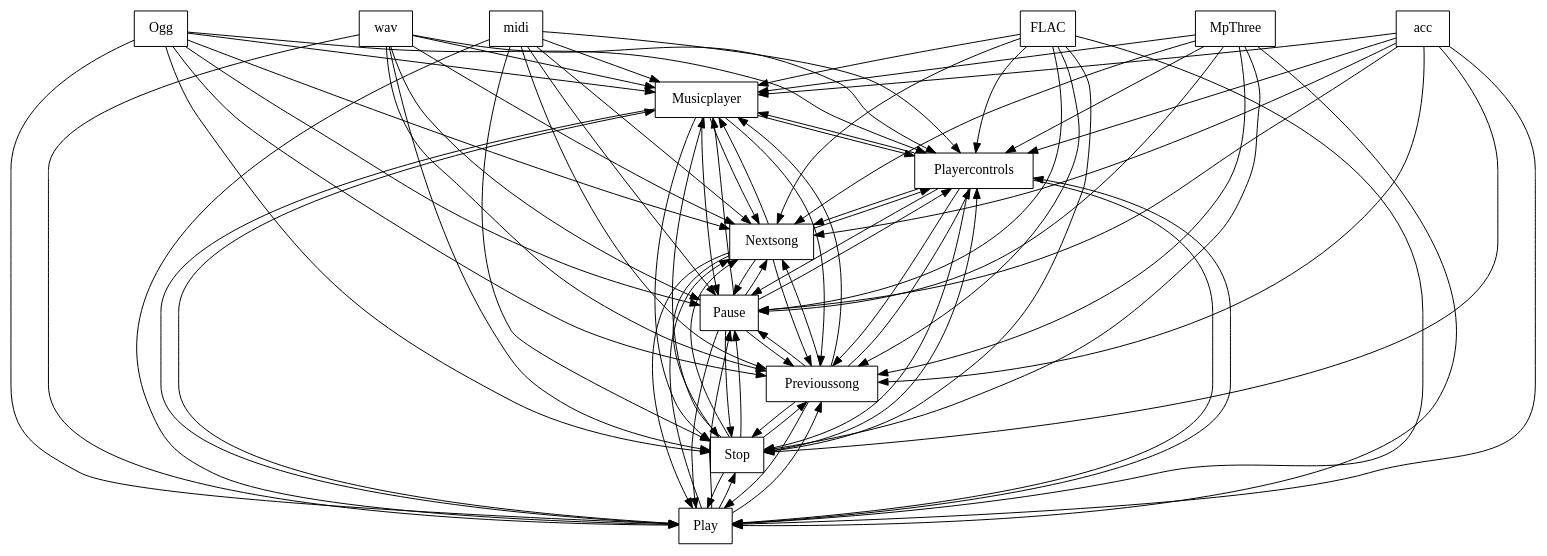
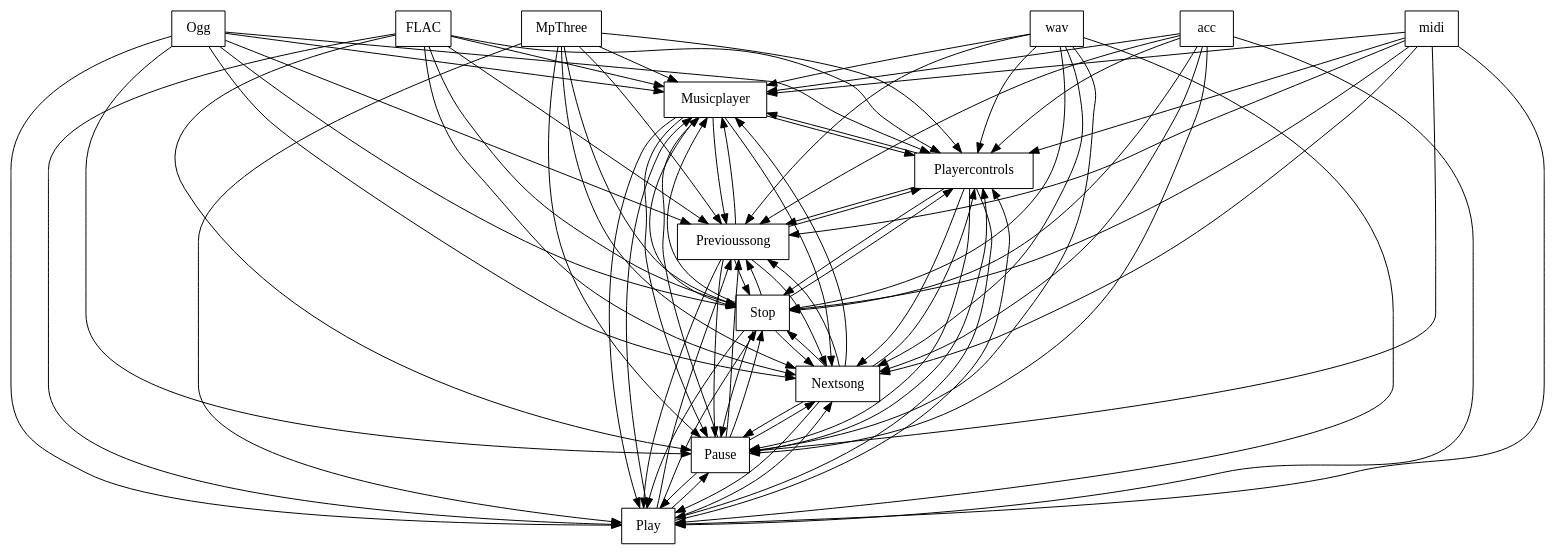
Before and after one commit to FAMILIAR-project/familiar-language: the diagram in FAMILIAR/output/SPLOT-big/fm_109_model_20111025_1408959776.xml.dot, drawn with Graphviz. The commit also changed 150 other files, not shown here.

```diff
--- a/FAMILIAR/output/SPLOT-big/fm_109_model_20111025_1408959776.xml.dot
+++ b/FAMILIAR/output/SPLOT-big/fm_109_model_20111025_1408959776.xml.dot
@@ -1,102 +1,102 @@
 digraph{
 graph [rankdir=TB];
 node [shape=box];
 edge [arrowhead=normal];
 0[label="Musicplayer",]
-1[label="Ogg",]
-2[label="Playercontrols",]
-3[label="Play",]
-4[label="wav",]
-5[label="MpThree",]
-6[label="acc",]
-7[label="Stop",]
-8[label="Previoussong",]
-9[label="midi",]
-10[label="Pause",]
-11[label="FLAC",]
-12[label="Nextsong",]
-0->2[label="",]
+1[label="midi",]
+2[label="Ogg",]
+3[label="Playercontrols",]
+4[label="Play",]
+5[label="FLAC",]
+6[label="Pause",]
+7[label="wav",]
+8[label="Nextsong",]
+9[label="MpThree",]
+10[label="acc",]
+11[label="Stop",]
+12[label="Previoussong",]
 0->3[label="",]
-0->7[label="",]
+0->4[label="",]
+0->6[label="",]
 0->8[label="",]
-0->10[label="",]
+0->11[label="",]
 0->12[label="",]
 1->0[label="",]
-1->2[label="",]
 1->3[label="",]
-1->7[label="",]
+1->4[label="",]
+1->6[label="",]
 1->8[label="",]
-1->10[label="",]
+1->11[label="",]
 1->12[label="",]
 2->0[label="",]
 2->3[label="",]
-2->7[label="",]
+2->4[label="",]
+2->6[label="",]
 2->8[label="",]
-2->10[label="",]
+2->11[label="",]
 2->12[label="",]
 3->0[label="",]
-3->2[label="",]
-3->7[label="",]
+3->4[label="",]
+3->6[label="",]
 3->8[label="",]
-3->10[label="",]
+3->11[label="",]
 3->12[label="",]
 4->0[label="",]
-4->2[label="",]
 4->3[label="",]
-4->7[label="",]
+4->6[label="",]
 4->8[label="",]
-4->10[label="",]
+4->11[label="",]
 4->12[label="",]
 5->0[label="",]
-5->2[label="",]
 5->3[label="",]
-5->7[label="",]
+5->4[label="",]
+5->6[label="",]
 5->8[label="",]
-5->10[label="",]
+5->11[label="",]
 5->12[label="",]
 6->0[label="",]
-6->2[label="",]
 6->3[label="",]
-6->7[label="",]
+6->4[label="",]
 6->8[label="",]
-6->10[label="",]
+6->11[label="",]
 6->12[label="",]
 7->0[label="",]
-7->2[label="",]
 7->3[label="",]
+7->4[label="",]
+7->6[label="",]
 7->8[label="",]
-7->10[label="",]
+7->11[label="",]
 7->12[label="",]
 8->0[label="",]
-8->2[label="",]
 8->3[label="",]
-8->7[label="",]
-8->10[label="",]
+8->4[label="",]
+8->6[label="",]
+8->11[label="",]
 8->12[label="",]
 9->0[label="",]
-9->2[label="",]
 9->3[label="",]
-9->7[label="",]
+9->4[label="",]
+9->6[label="",]
 9->8[label="",]
-9->10[label="",]
+9->11[label="",]
 9->12[label="",]
 10->0[label="",]
-10->2[label="",]
 10->3[label="",]
-10->7[label="",]
+10->4[label="",]
+10->6[label="",]
 10->8[label="",]
+10->11[label="",]
 10->12[label="",]
 11->0[label="",]
-11->2[label="",]
 11->3[label="",]
-11->7[label="",]
+11->4[label="",]
+11->6[label="",]
 11->8[label="",]
-11->10[label="",]
 11->12[label="",]
 12->0[label="",]
-12->2[label="",]
 12->3[label="",]
-12->7[label="",]
+12->4[label="",]
+12->6[label="",]
 12->8[label="",]
-12->10[label="",]
+12->11[label="",]
 }
```
